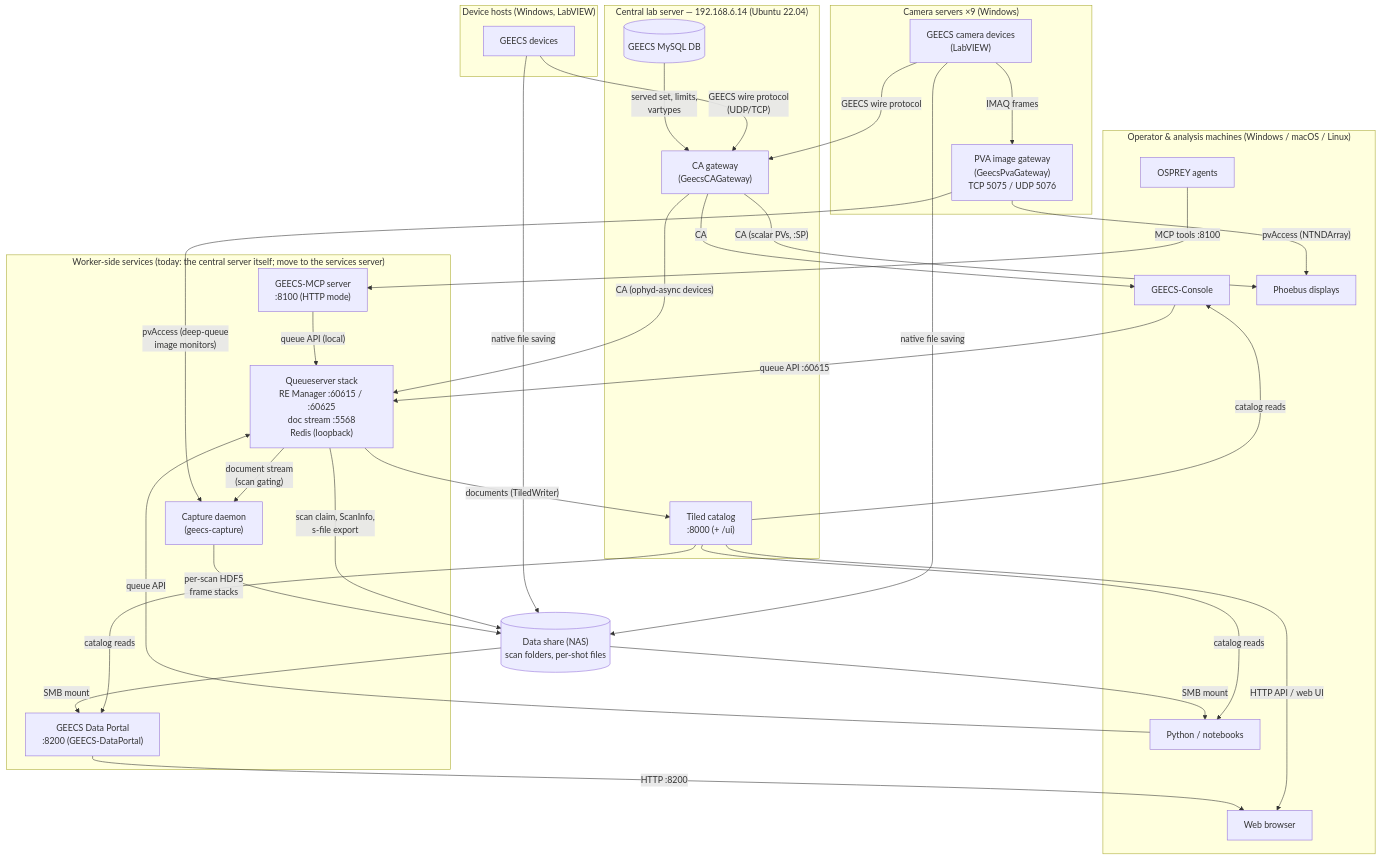
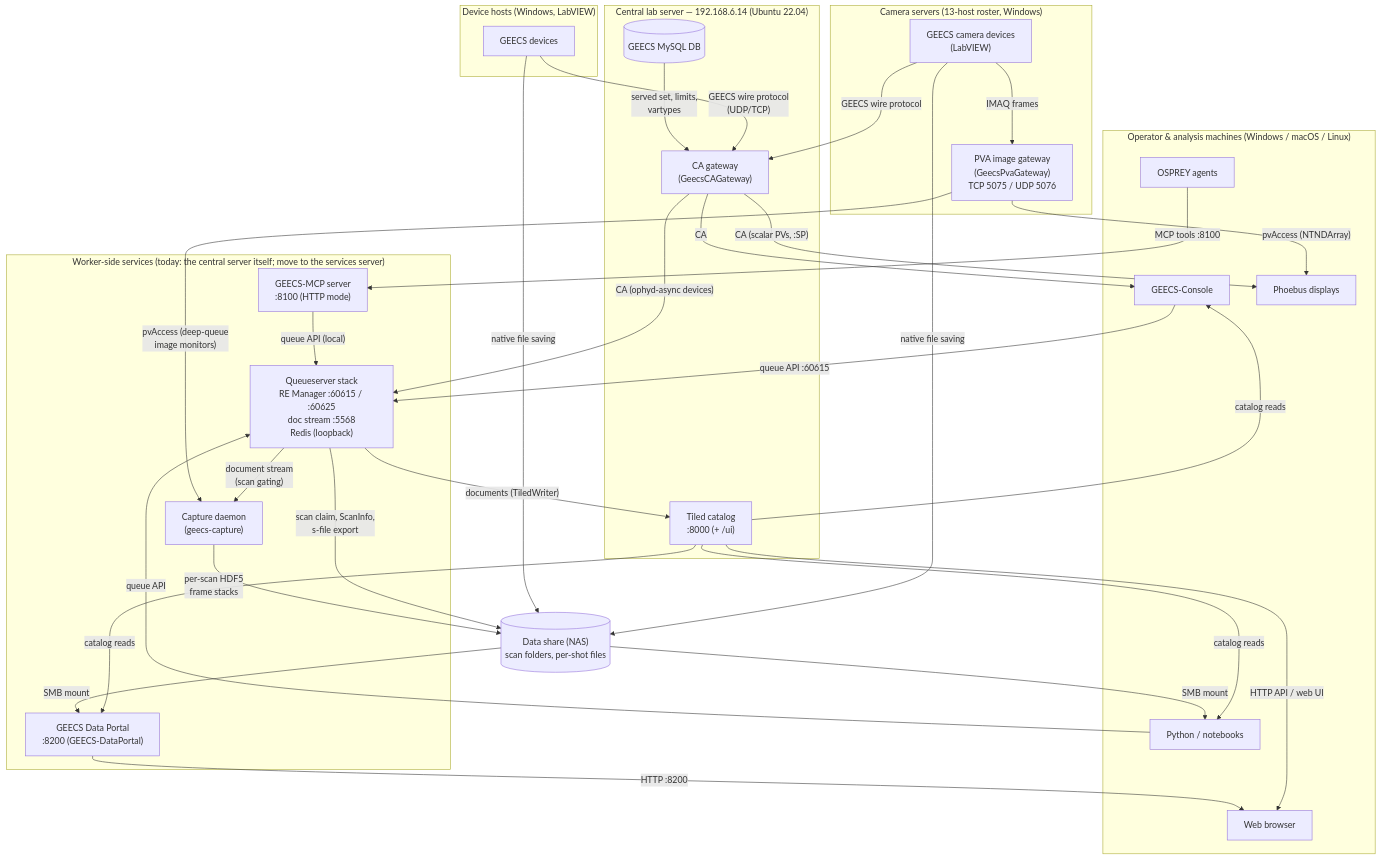
Before and after one commit to GEECS-BELLA/GEECS-Plugins: the diagram in docs/platform/fleet_map.md, drawn with Mermaid. The commit also changed other lines of this file and 1 other file, not shown here.

Commit message:
Fleet map: snapshot scoped to the five repo-managed services; PVA roster 13 vs 9 answering; movers named; plan records Phase 3 (review of #792)

````diff
--- a/docs/platform/fleet_map.md
+++ b/docs/platform/fleet_map.md
@@ -34,65 +36,65 @@
 ```mermaid
 flowchart TB
     subgraph clients["Operator & analysis machines (Windows / macOS / Linux)"]
         console["GEECS-Console"]
         phoebus["Phoebus displays"]
         nb["Python / notebooks"]
         osprey["OSPREY agents"]
         browser["Web browser"]
     end
 
     subgraph central["Central lab server — 192.168.6.14 (Ubuntu 22.04)"]
         cagw["CA gateway<br/>(GeecsCAGateway)"]
         tiled["Tiled catalog<br/>:8000 (+ /ui)"]
         db[("GEECS MySQL DB")]
     end
 
     subgraph worker["Worker-side services (today: the central server itself; move to the services server)"]
         qs["Queueserver stack<br/>RE Manager :60615 / :60625<br/>doc stream :5568<br/>Redis (loopback)"]
         mcp["GEECS-MCP server<br/>:8100 (HTTP mode)"]
         capture["Capture daemon<br/>(geecs-capture)"]
         portal["GEECS Data Portal<br/>:8200 (GEECS-DataPortal)"]
     end
 
-    subgraph camsrv["Camera servers ×9 (Windows)"]
+    subgraph camsrv["Camera servers (13-host roster, Windows)"]
         cams["GEECS camera devices<br/>(LabVIEW)"]
         pvagw["PVA image gateway<br/>(GeecsPvaGateway)<br/>TCP 5075 / UDP 5076"]
     end
 
     subgraph devhosts["Device hosts (Windows, LabVIEW)"]
         devs["GEECS devices"]
     end
 
     nas[("Data share (NAS)<br/>scan folders, per-shot files")]
 
     devs -- "GEECS wire protocol<br/>(UDP/TCP)" --> cagw
     cams -- "GEECS wire protocol" --> cagw
     cams -- "IMAQ frames" --> pvagw
     db -- "served set, limits,<br/>vartypes" --> cagw
 
     cagw -- "CA (scalar PVs, :SP)" --> phoebus
     cagw -- "CA" --> console
     cagw -- "CA (ophyd-async devices)" --> qs
     pvagw -- "pvAccess (NTNDArray)" --> phoebus
 
     console -- "queue API :60615" --> qs
     nb -- "queue API" --> qs
     osprey -- "MCP tools :8100" --> mcp
     mcp -- "queue API (local)" --> qs
 
     qs -- "documents (TiledWriter)" --> tiled
     qs -- "scan claim, ScanInfo,<br/>s-file export" --> nas
     qs -- "document stream<br/>(scan gating)" --> capture
     pvagw -- "pvAccess (deep-queue<br/>image monitors)" --> capture
     capture -- "per-scan HDF5<br/>frame stacks" --> nas
     cams -- "native file saving" --> nas
     devs -- "native file saving" --> nas
 
     tiled -- "HTTP API / web UI" --> browser
     tiled -- "catalog reads" --> console
     tiled -- "catalog reads" --> nb
     tiled -- "catalog reads" --> portal
     nas -- "SMB mount" --> portal
     portal -- "HTTP :8200" --> browser
     nas -- "SMB mount" --> nb
 ```
````
